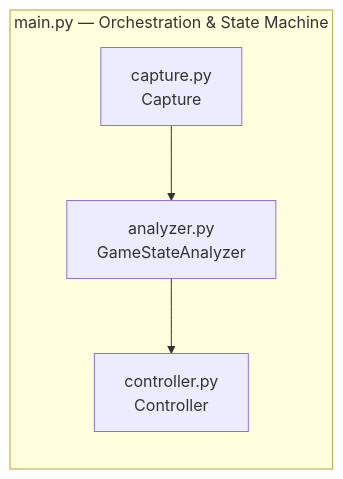
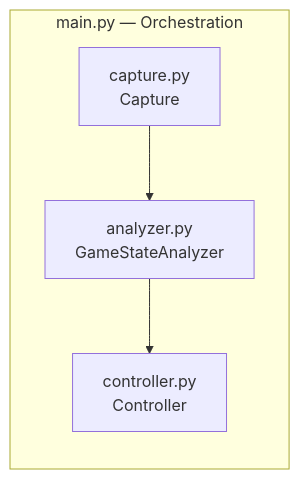
Before and after one commit to mhouse1/wingman: the first of 6 diagrams in docs/architecture.md, drawn with Mermaid. The commit also changed other lines of this file and 2 other files, not shown here.

````diff
--- a/docs/architecture.md
+++ b/docs/architecture.md
@@ -13,7 +13,7 @@
 ```mermaid
 flowchart LR
-    subgraph main ["main.py — Orchestration & State Machine"]
+    subgraph main ["main.py — Orchestration"]
         C["capture.py\nCapture"] --> A["analyzer.py\nGameStateAnalyzer"]
         A --> Ctrl["controller.py\nController"]
     end
 ```
````
